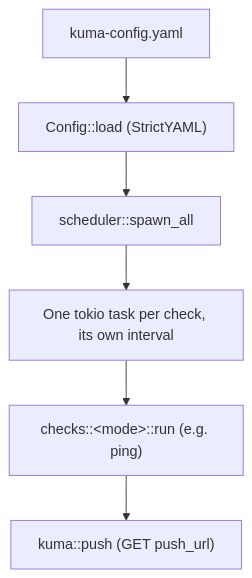
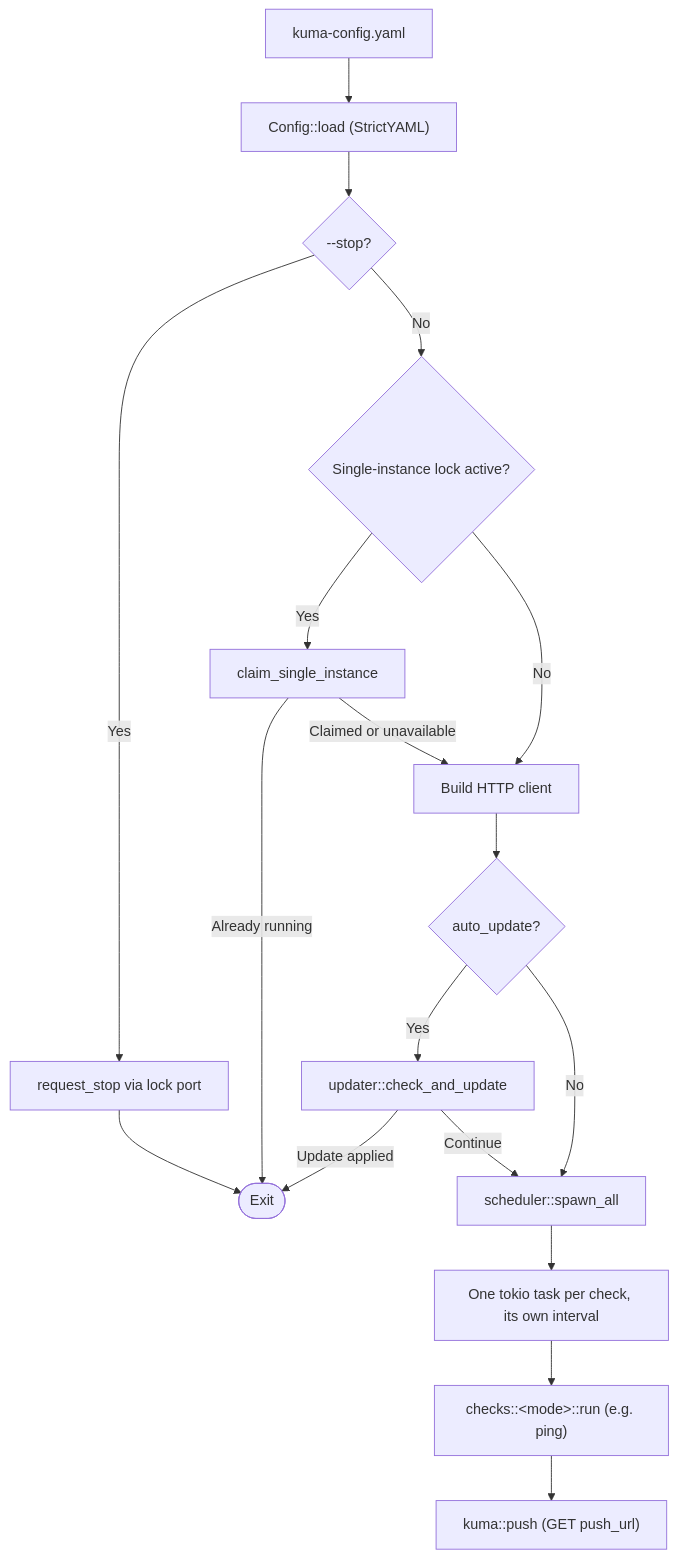
One commit to imthatguyhere/kuma-remote changed the diagram in README.md. Above: the diagram before and after it, drawn with Mermaid.

Commit message:
docs: add to the mermaid Architecture graph

````diff
--- a/README.md
+++ b/README.md
@@ -112,8 +112,19 @@
 ```mermaid
 flowchart TD
-    A["kuma-config.yaml"] --> B["Config::load (StrictYAML)"]
-    B --> C["scheduler::spawn_all"]
-    C --> D["One tokio task per check, its own interval"]
-    D --> E["checks::&lt;mode&gt;::run (e.g. ping)"]
-    E --> F["kuma::push (GET push_url)"]
+  A["kuma-config.yaml"] --> B["Config::load (StrictYAML)"]
+  B --> C{"--stop?"}
+  C -- "Yes" --> D["request_stop via lock port"] --> E(["Exit"])
+  C -- "No" --> F{"Single-instance lock active?"}
+  F -- "Yes" --> G["claim_single_instance"]
+  G -- "Already running" --> E
+  G -- "Claimed or unavailable" --> H["Build HTTP client"]
+  F -- "No" --> H
+  H --> I{"auto_update?"}
+  I -- "Yes" --> J["updater::check_and_update"]
+  J -- "Update applied" --> E
+  J -- "Continue" --> K["scheduler::spawn_all"]
+  I -- "No" --> K
+  K --> L["One tokio task per check, its own interval"]
+  L --> M["checks::&lt;mode&gt;::run (e.g. ping)"]
+  M --> N["kuma::push (GET push_url)"]
 ```
````
